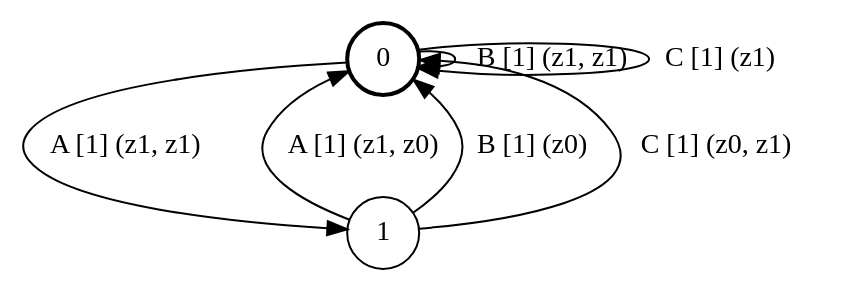
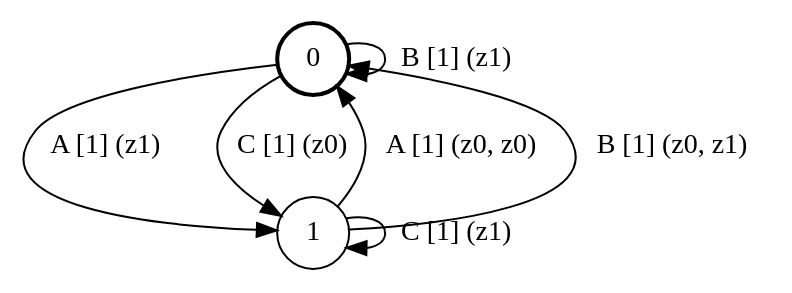
One commit to ulyantsev/EFSM-tools changed the diagram in qbf/testing/fsm_2s3e2a.dot. Above: the diagram before and after it, drawn with Graphviz. The commit also changed 1162 other files, not shown here.

```diff
--- a/qbf/testing/fsm_2s3e2a.dot
+++ b/qbf/testing/fsm_2s3e2a.dot
@@ -1,12 +1,12 @@
 # generated file, don't try to modify
 # command: dot -Tpng <filename> > tree.png
 digraph Automaton {
     node [shape = circle];
     0 [style = "bold"];
-    0 -> 1 [label = "A [1] (z1, z1) "];
-    0 -> 0 [label = "B [1] (z1, z1) "];
-    0 -> 0 [label = "C [1] (z1) "];
-    1 -> 0 [label = "A [1] (z1, z0) "];
-    1 -> 0 [label = "B [1] (z0) "];
-    1 -> 0 [label = "C [1] (z0, z1) "];
+    0 -> 1 [label = "A [1] (z1) "];
+    0 -> 0 [label = "B [1] (z1) "];
+    0 -> 1 [label = "C [1] (z0) "];
+    1 -> 0 [label = "A [1] (z0, z0) "];
+    1 -> 0 [label = "B [1] (z0, z1) "];
+    1 -> 1 [label = "C [1] (z1) "];
 }
```
